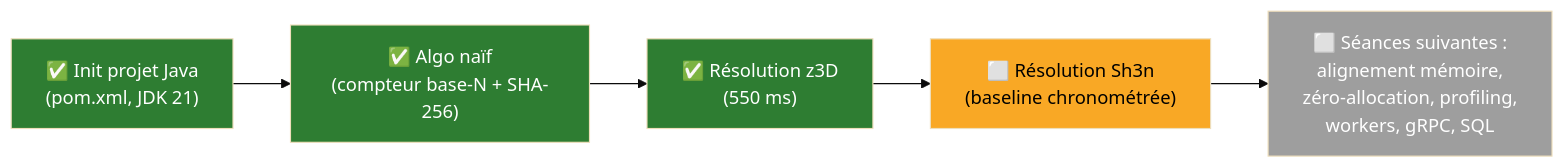
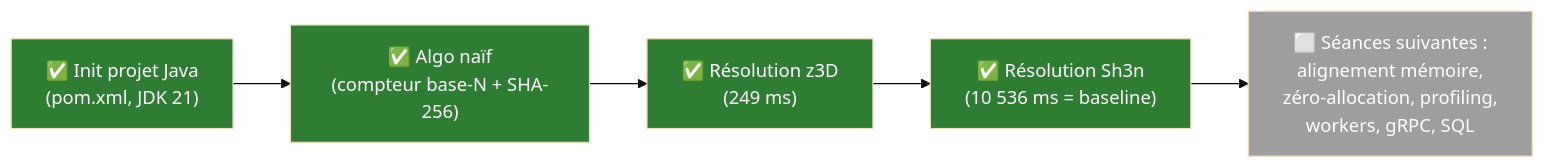
Before and after one commit to YoussefGoat123/FILROUGE: the seventh of 7 diagrams in schemas.md, drawn with Mermaid (base theme). The commit also changed other lines of this file and 1 other file, not shown here.

Commit message:
Update Main.java to include resolution for both z3D and Sh3n; enhance execution flow in schemas.md

````diff
--- a/schemas.md
+++ b/schemas.md
@@ -123,13 +143,13 @@
 ```mermaid
 flowchart LR
     A["✅ Init projet Java\n(pom.xml, JDK 21)"] --> B["✅ Algo naïf\n(compteur base-N + SHA-256)"]
-    B --> C["✅ Résolution z3D\n(550 ms)"]
-    C --> D["⬜ Résolution Sh3n\n(baseline chronométrée)"]
+    B --> C["✅ Résolution z3D\n(249 ms)"]
+    C --> D["✅ Résolution Sh3n\n(10 536 ms = baseline)"]
     D --> E["⬜ Séances suivantes :\nalignement mémoire,\nzéro-allocation, profiling,\nworkers, gRPC, SQL"]
 
     style A fill:#2e7d32,color:#fff
     style B fill:#2e7d32,color:#fff
     style C fill:#2e7d32,color:#fff
-    style D fill:#f9a825,color:#000
+    style D fill:#2e7d32,color:#fff
     style E fill:#9e9e9e,color:#fff
 ```
````
